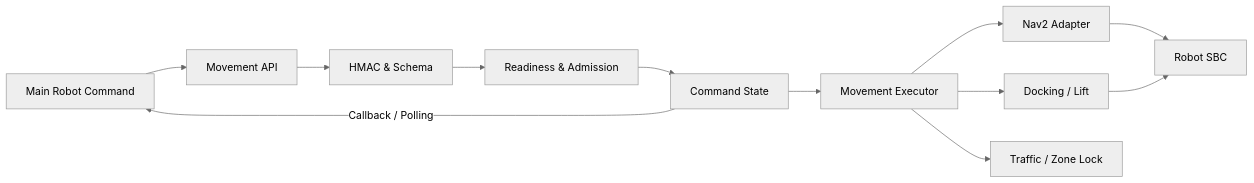
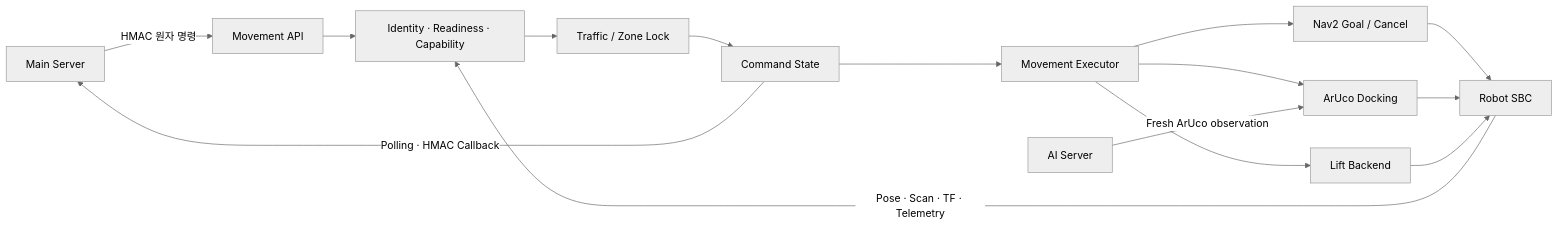
One commit to eduwing-robotics/ros2-ai-amr-repo3 changed the diagram in nav-server/README.md. Above: the diagram before and after it, drawn with Mermaid (neutral theme). The commit also changed other lines of this file and 1 other file, not shown here.

First line of the commit message:
Nav Server 성과와 운영 경계를 한눈에 검증할 수 있게 한다

````diff
--- a/nav-server/README.md
+++ b/nav-server/README.md
@@ -7,14 +37,17 @@
 ```mermaid
 flowchart LR
-    Main[Main Robot Command] --> API[Movement API]
-    API --> Auth[HMAC & Schema]
-    Auth --> Ready[Readiness & Admission]
-    Ready --> State[Command State]
+    Main[Main Server] -->|HMAC 원자 명령| API[Movement API]
+    API --> Gate[Identity · Readiness · Capability]
+    Gate --> Lock[Traffic / Zone Lock]
+    Lock --> State[Command State]
     State --> Exec[Movement Executor]
-    Exec --> Nav2[Nav2 Adapter]
-    Exec --> Dock[Docking / Lift]
-    Exec --> Lock[Traffic / Zone Lock]
+    Exec --> Nav2[Nav2 Goal / Cancel]
+    Exec --> Dock[ArUco Docking]
+    Exec --> Lift[Lift Backend]
     Nav2 --> Robot[Robot SBC]
     Dock --> Robot
-    State -->|Callback / Polling| Main
+    Lift --> Robot
+    AI[AI Server] -->|Fresh ArUco observation| Dock
+    Robot -->|Pose · Scan · TF · Telemetry| Gate
+    State -->|Polling · HMAC Callback| Main
 ```
````
